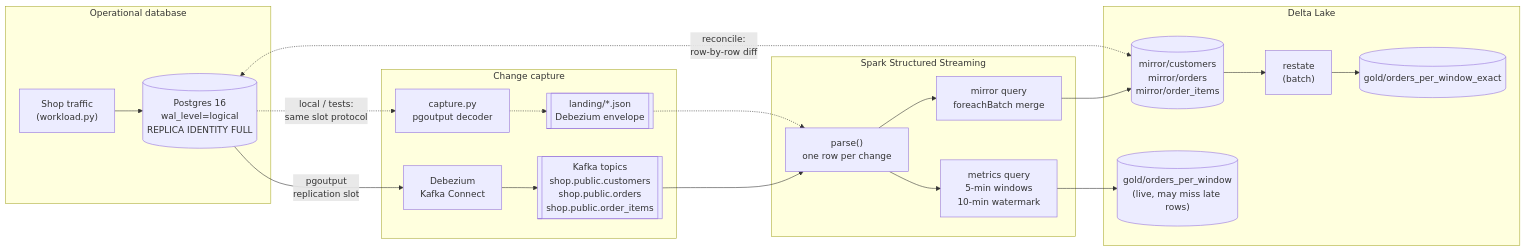
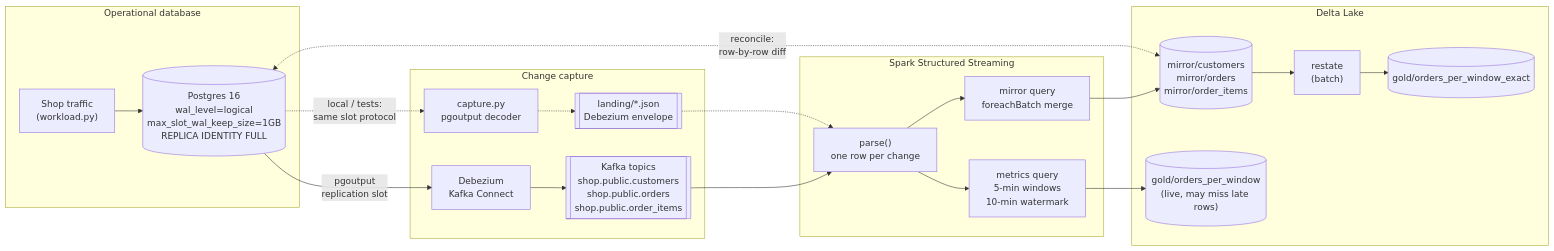
One commit to AaronJAdler/cdc-streaming-lakehouse changed the first of 4 diagrams in docs/architecture.md. Above: the diagram before and after it, drawn with Mermaid. The commit also changed other lines of this file and 7 other files, not shown here.

First line of the commit message:
Bound the WAL a replication slot may retain

````diff
--- a/docs/architecture.md
+++ b/docs/architecture.md
@@ -10,28 +10,28 @@
 ```mermaid
 flowchart LR
     subgraph source["Operational database"]
-        app["Shop traffic<br/>(workload.py)"] --> pg[("Postgres 16<br/>wal_level=logical<br/>REPLICA IDENTITY FULL")]
+        app["Shop traffic<br/>(workload.py)"] --> pg[("Postgres 16<br/>wal_level=logical<br/>max_slot_wal_keep_size=1GB<br/>REPLICA IDENTITY FULL")]
     end
 
     subgraph capture["Change capture"]
         pg -- "pgoutput<br/>replication slot" --> dbz["Debezium<br/>Kafka Connect"]
         dbz --> kafka[["Kafka topics<br/>shop.public.customers<br/>shop.public.orders<br/>shop.public.order_items"]]
         pg -. "local / tests:<br/>same slot protocol" .-> local["capture.py<br/>pgoutput decoder"]
         local -.-> files[["landing/*.json<br/>Debezium envelope"]]
     end
 
     subgraph spark["Spark Structured Streaming"]
         kafka --> parse["parse()<br/>one row per change"]
         files -.-> parse
         parse --> mirrorq["mirror query<br/>foreachBatch merge"]
         parse --> metricsq["metrics query<br/>5-min windows<br/>10-min watermark"]
     end
 
     subgraph lake["Delta Lake"]
         mirrorq --> mirror[("mirror/customers<br/>mirror/orders<br/>mirror/order_items")]
         metricsq --> live[("gold/orders_per_window<br/>(live, may miss late rows)")]
         mirror --> restate["restate<br/>(batch)"] --> exact[("gold/orders_per_window_exact")]
     end
 
     mirror <-. "reconcile:<br/>row-by-row diff" .-> pg
 ```
````
